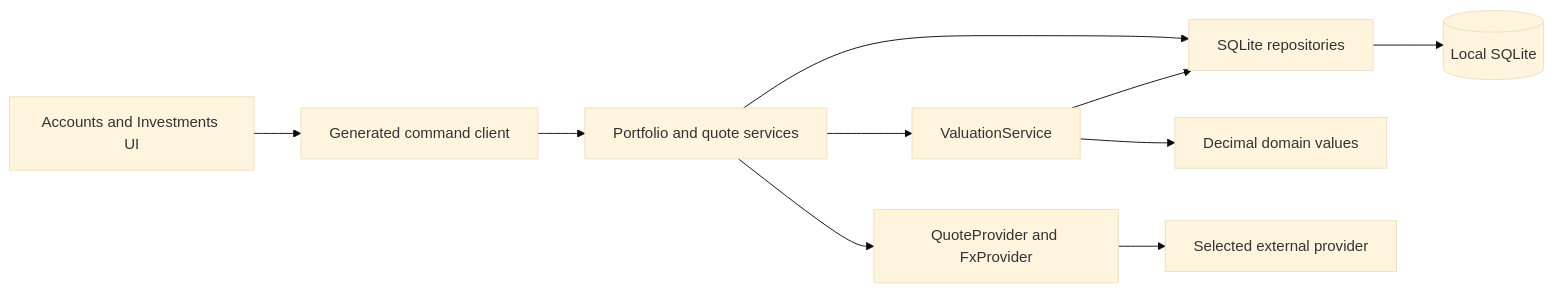
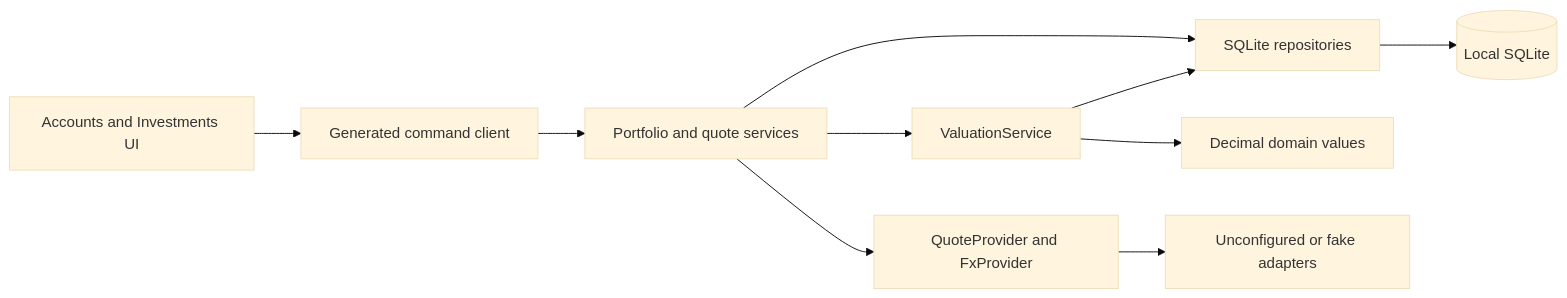
Before and after one commit to MnemosyneLab/Nestworth: the diagram in docs/releases/v0.1.2-technical-design.md, drawn with Mermaid (base theme). The commit also changed other lines of this file and 161 other files, not shown here.

````diff
--- a/docs/releases/v0.1.2-technical-design.md
+++ b/docs/releases/v0.1.2-technical-design.md
@@ -13,12 +13,12 @@
 ```mermaid
 flowchart LR
     UI["Accounts and Investments UI"] --> IPC["Generated command client"]
     IPC --> App["Portfolio and quote services"]
     App --> Valuation["ValuationService"]
     App --> Providers["QuoteProvider and FxProvider"]
     App --> Repositories["SQLite repositories"]
     Valuation --> Domain["Decimal domain values"]
     Valuation --> Repositories
-    Providers --> Remote["Selected external provider"]
+    Providers --> Remote["Unconfigured or fake adapters"]
     Repositories --> DB[("Local SQLite")]
 ```
````
